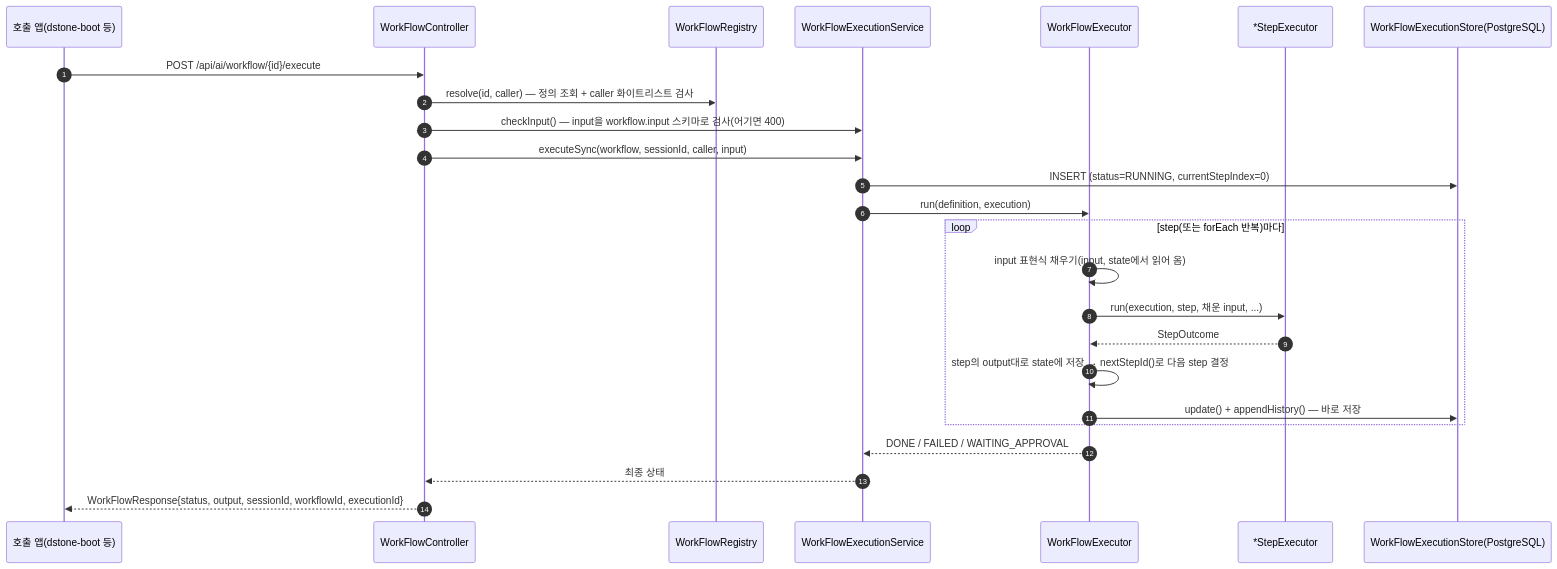
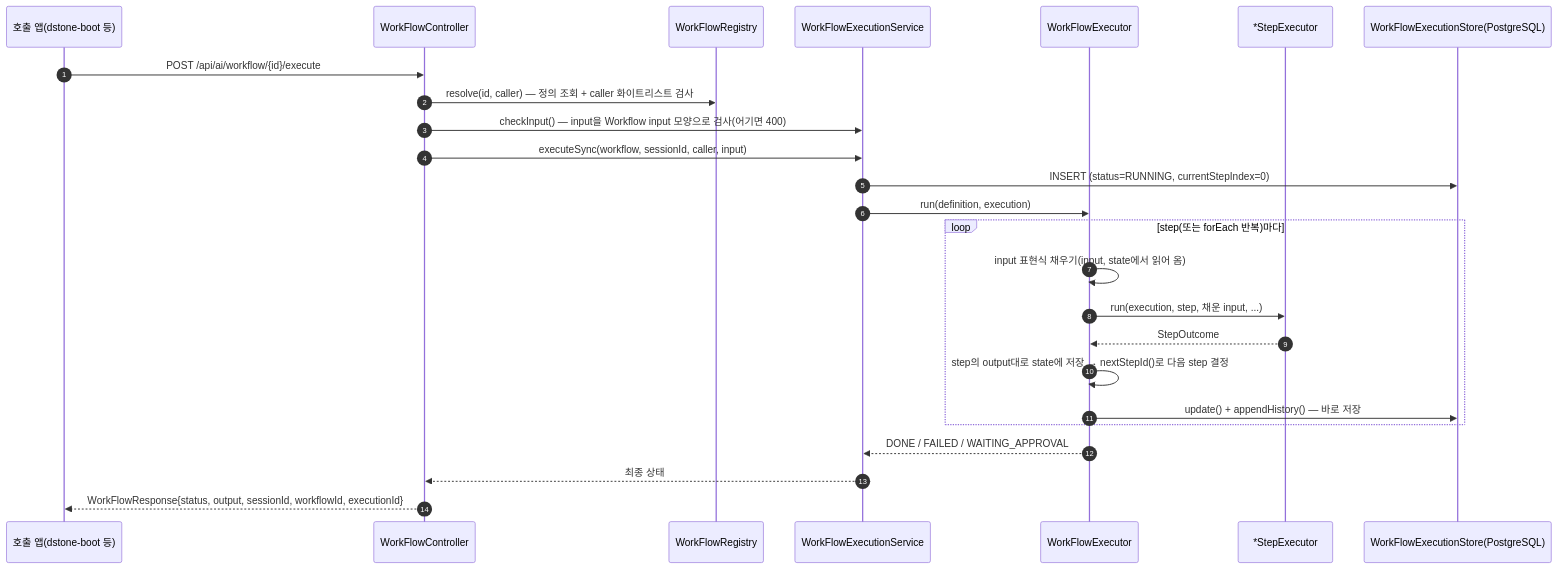
The third of 10 diagrams in docs/09.dstone-ai-engine.md (YongSoekChoeng/dstone), drawn with Mermaid before and after one commit. The commit also changed other lines of this file and 7 other files, not shown here.

First line of the commit message:
docs: 정의 파일 새 형식(.agent.md, Picoschema, with/save/return/state) 반영

````diff
--- a/docs/09.dstone-ai-engine.md
+++ b/docs/09.dstone-ai-engine.md
@@ -481,28 +481,28 @@
 ```mermaid
 sequenceDiagram
     autonumber
     participant C as 호출 앱(dstone-boot 등)
     participant WC as WorkFlowController
     participant WR as WorkFlowRegistry
     participant WS as WorkFlowExecutionService
     participant WE as WorkFlowExecutor
     participant SR as *StepExecutor
     participant ST as WorkFlowExecutionStore(PostgreSQL)
 
     C->>WC: POST /api/ai/workflow/{id}/execute
     WC->>WR: resolve(id, caller) — 정의 조회 + caller 화이트리스트 검사
-    WC->>WS: checkInput() — input을 workflow.input 스키마로 검사(어기면 400)
+    WC->>WS: checkInput() — input을 Workflow input 모양으로 검사(어기면 400)
     WC->>WS: executeSync(workflow, sessionId, caller, input)
     WS->>ST: INSERT (status=RUNNING, currentStepIndex=0)
     WS->>WE: run(definition, execution)
     loop step(또는 forEach 반복)마다
         WE->>WE: input 표현식 채우기(input, state에서 읽어 옴)
         WE->>SR: run(execution, step, 채운 input, ...)
         SR-->>WE: StepOutcome
         WE->>WE: step의 output대로 state에 저장 → nextStepId()로 다음 step 결정
         WE->>ST: update() + appendHistory() — 바로 저장
     end
     WE-->>WS: DONE / FAILED / WAITING_APPROVAL
     WS-->>WC: 최종 상태
     WC-->>C: WorkFlowResponse{status, output, sessionId, workflowId, executionId}
 ```
````
